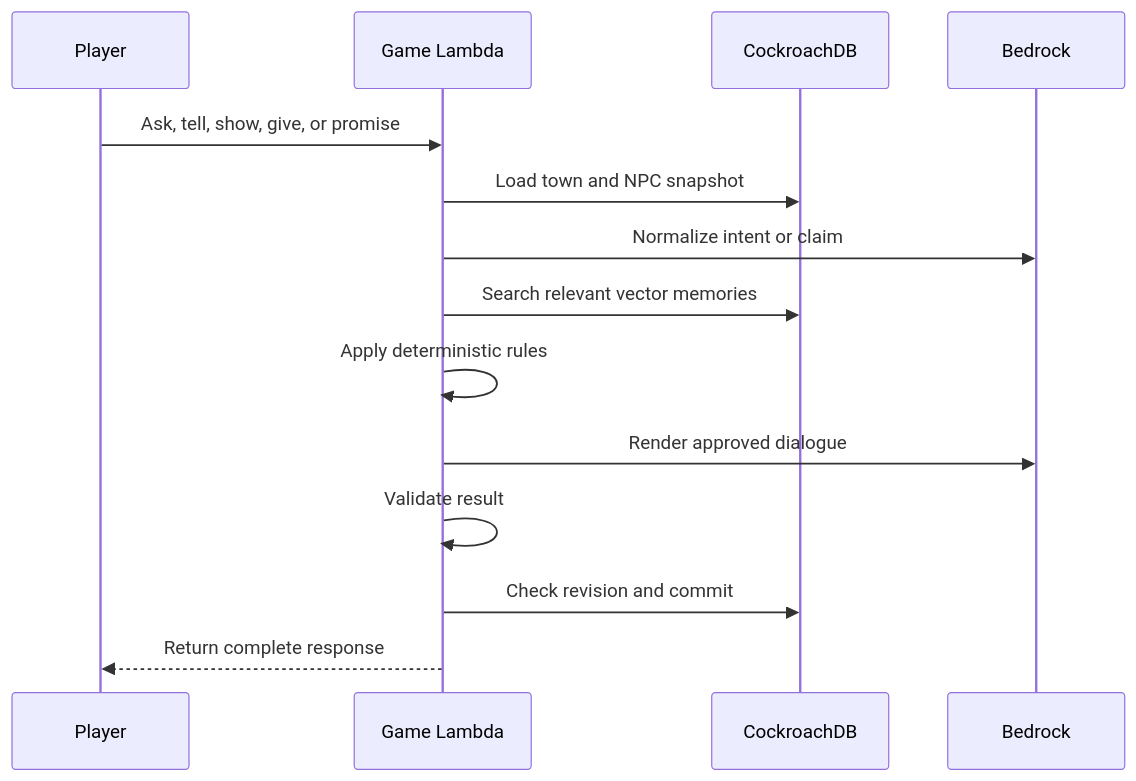
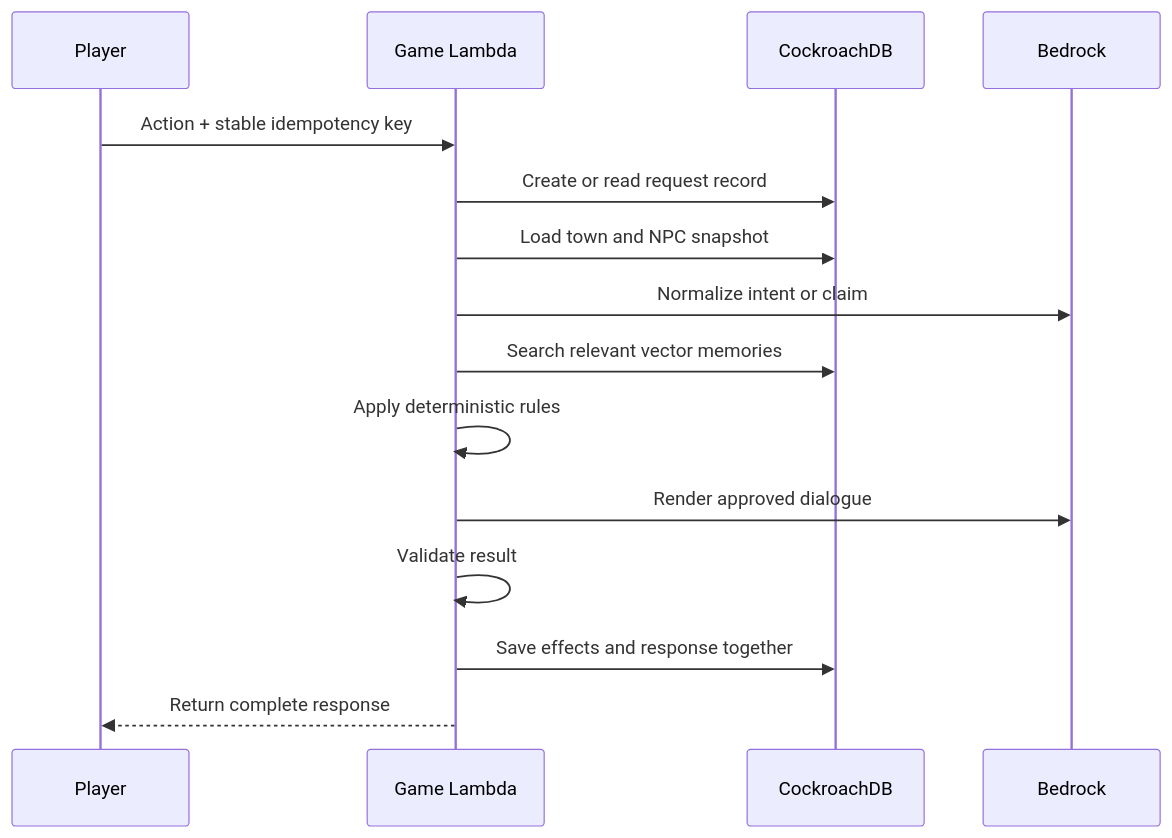
Before and after one commit to aishahsofea/the-town-remembers: the second of 2 diagrams in docs/002-mvp-system-architecture.md, drawn with Mermaid. The commit also changed other lines of this file and 4 other files, not shown here.

Commit message:
docs: finalize logical schema contract

````diff
--- a/docs/002-mvp-system-architecture.md
+++ b/docs/002-mvp-system-architecture.md
@@ -169,17 +170,18 @@
 ```mermaid
 sequenceDiagram
     participant P as Player
     participant L as Game Lambda
     participant C as CockroachDB
     participant B as Bedrock
 
-    P->>L: Ask, tell, show, give, or promise
+    P->>L: Action + stable idempotency key
+    L->>C: Create or read request record
     L->>C: Load town and NPC snapshot
     L->>B: Normalize intent or claim
     L->>C: Search relevant vector memories
     L->>L: Apply deterministic rules
     L->>B: Render approved dialogue
     L->>L: Validate result
-    L->>C: Check revision and commit
+    L->>C: Save effects and response together
     L-->>P: Return complete response
 ```
````
